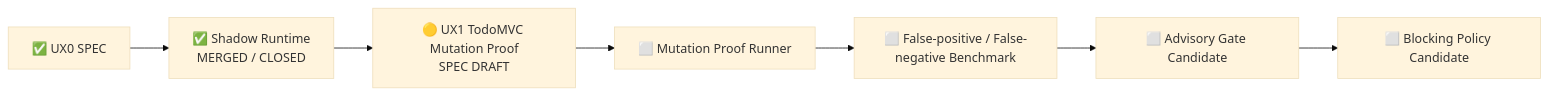
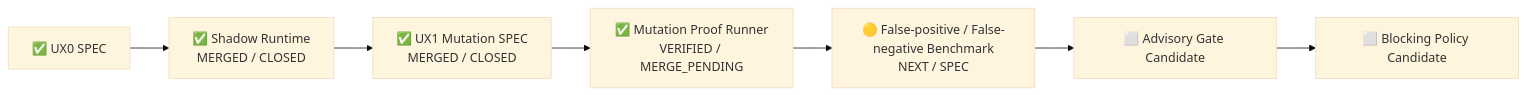
One commit to lsq1030757028/Pytest-playwright-e2e changed the diagram in docs/ux-assurance-status.md. Above: the diagram before and after it, drawn with Mermaid (base theme). The commit also changed other lines of this file and 16 other files, not shown here.

First line of the commit message:
Implement TodoMVC UX Mutation Proof Runner (#37)

````diff
--- a/docs/ux-assurance-status.md
+++ b/docs/ux-assurance-status.md
@@ -31,10 +42,10 @@
 ```mermaid
 flowchart LR
     A[✅ UX0 SPEC]
     --> B[✅ Shadow Runtime<br/>MERGED / CLOSED]
-    --> C[🟡 UX1 TodoMVC Mutation Proof<br/>SPEC DRAFT]
-    --> D[⬜ Mutation Proof Runner]
-    --> E[⬜ False-positive / False-negative Benchmark]
+    --> C[✅ UX1 Mutation SPEC<br/>MERGED / CLOSED]
+    --> D[✅ Mutation Proof Runner<br/>VERIFIED / MERGE_PENDING]
+    --> E[🟡 False-positive / False-negative Benchmark<br/>NEXT / SPEC]
     --> F[⬜ Advisory Gate Candidate]
     --> G[⬜ Blocking Policy Candidate]
 ```
````
